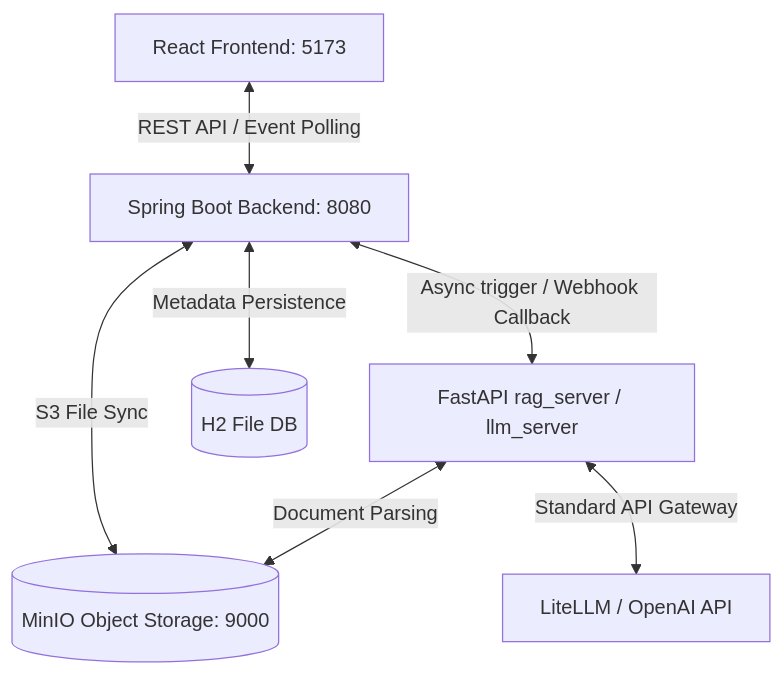
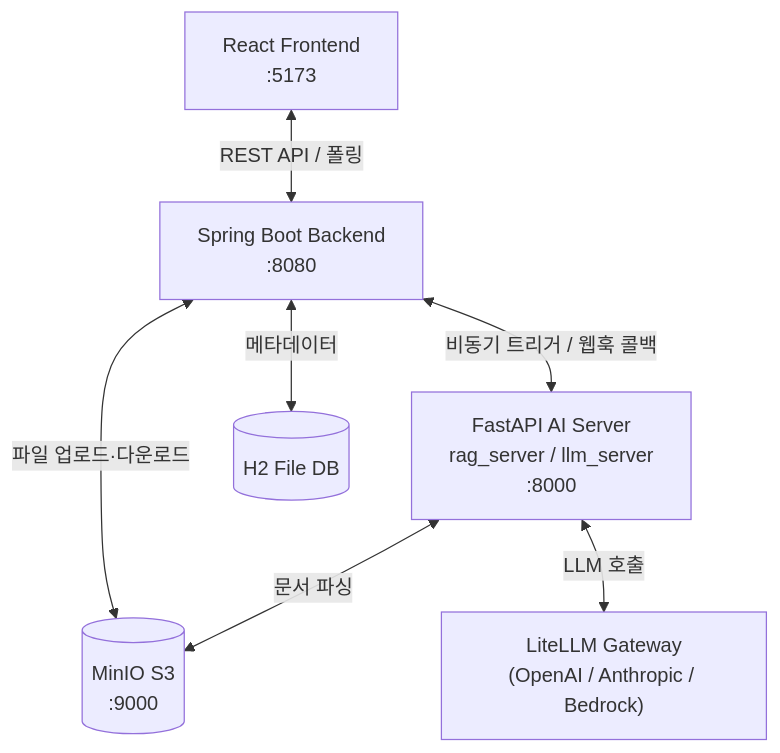
Before and after one commit to yonam-tester/web-service: the diagram in README.md, drawn with Mermaid. The commit also changed other lines of this file, not shown here.

````diff
--- a/README.md
+++ b/README.md
@@ -22,9 +29,16 @@
 ```mermaid
 graph TD
-    UI[React Frontend: 5173] <-->|REST API / Event Polling| BE[Spring Boot Backend: 8080]
-    BE <-->|Async trigger / Webhook Callback| AI[FastAPI rag_server / llm_server]
-    BE <-->|Metadata Persistence| DB[(H2 File DB)]
-    BE <-->|S3 File Sync| S3[(MinIO Object Storage: 9000)]
-    AI <-->|Document Parsing| S3
-    AI <-->|Standard API Gateway| LiteLLM[LiteLLM / OpenAI API]
+    UI["React Frontend\n:5173"]
+    BE["Spring Boot Backend\n:8080"]
+    AI["FastAPI AI Server\nrag_server / llm_server\n:8000"]
+    DB[("H2 File DB")]
+    S3[("MinIO S3\n:9000")]
+    LLM["LiteLLM Gateway\n(OpenAI / Anthropic / Bedrock)"]
+
+    UI <-->|"REST API / 폴링"| BE
+    BE <-->|"비동기 트리거 / 웹훅 콜백"| AI
+    BE <-->|"메타데이터"| DB
+    BE <-->|"파일 업로드·다운로드"| S3
+    AI <-->|"문서 파싱"| S3
+    AI <-->|"LLM 호출"| LLM
 ```
````
